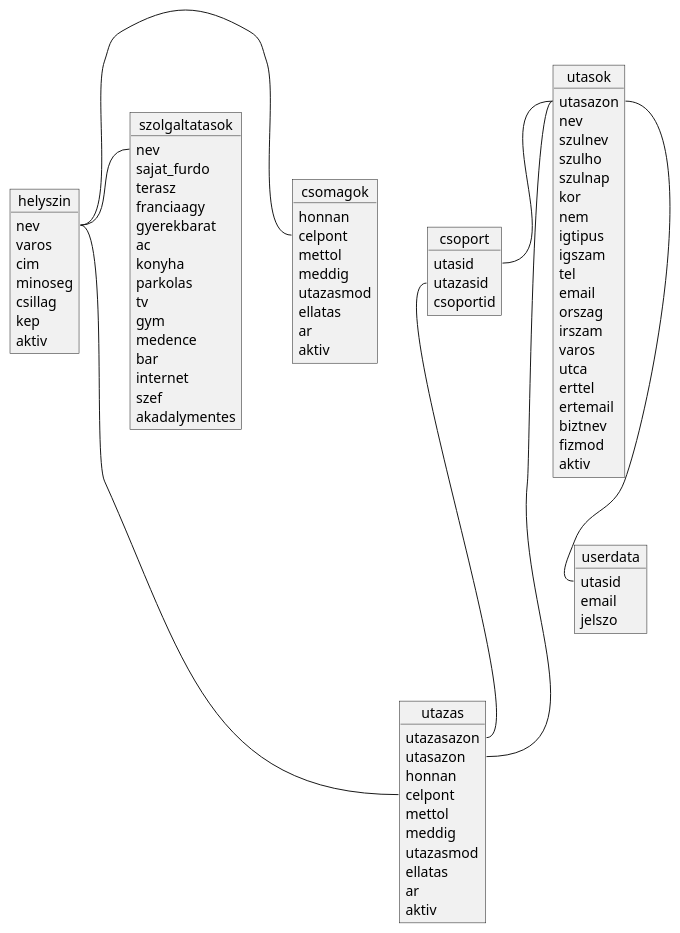
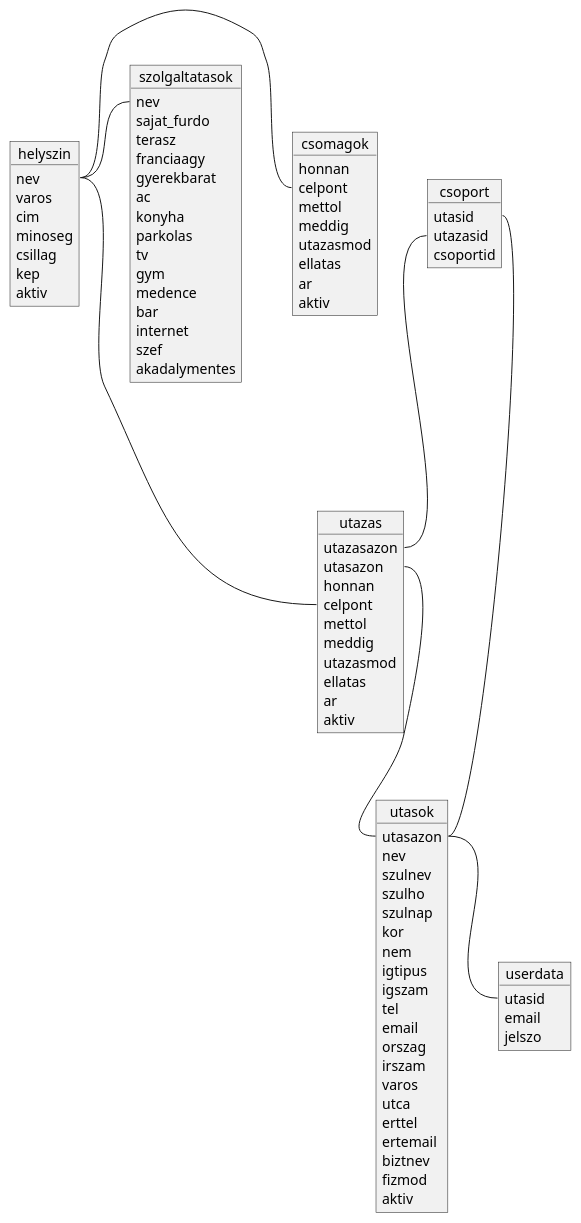
Before and after one commit to PeacefulAvocado/JourneyMasters: the diagram in dokumentáció/database/database.puml, drawn with PlantUML.

```diff
--- a/dokumentáció/database/database.puml
+++ b/dokumentáció/database/database.puml
@@ -1,103 +1,103 @@
 @startuml Database-structure
 
 
 
 object utasok{
     utasazon
     nev
     szulnev
     szulho
     szulnap
     kor
     nem
     igtipus
     igszam
     tel
     email
     orszag
     irszam
     varos
     utca
     erttel
     ertemail
     biztnev
     fizmod
     aktiv
 }
 
 object utazas{
     utazasazon
     utasazon
     honnan
     celpont
     mettol
     meddig
     utazasmod
     ellatas
     ar
     aktiv
 
 }
 
 object userdata {
     utasid
     email
     jelszo
 }
 
 object csoport{
     utasid
     utazasid
     csoportid
 }
 
 object helyszin {
     nev
     varos
     cim
     minoseg
     csillag
     kep
     aktiv
 }
 
 object csomagok {
     honnan
     celpont
     mettol
     meddig
     utazasmod
     ellatas
     ar
     aktiv
 }
 
 object szolgaltatasok {
     nev
     sajat_furdo
     terasz
     franciaagy
     gyerekbarat
     ac
     konyha
     parkolas
     tv
     gym
     medence
     bar
     internet
     szef
     akadalymentes
 }
 
 
-utasok::utasazon -right- utazas::utasazon
-utasok::utasazon -down- userdata::utasid
+utasok::utasazon -up- utazas::utasazon
+utasok::utasazon -right- userdata::utasid
 csoport::utasid -right- utasok::utasazon
 csoport::utazasid --- utazas::utazasazon
 helyszin::nev --- utazas::celpont
 csomagok::celpont -left- helyszin::nev
 szolgaltatasok::nev -left- helyszin::nev
 
 
 @enduml
```
